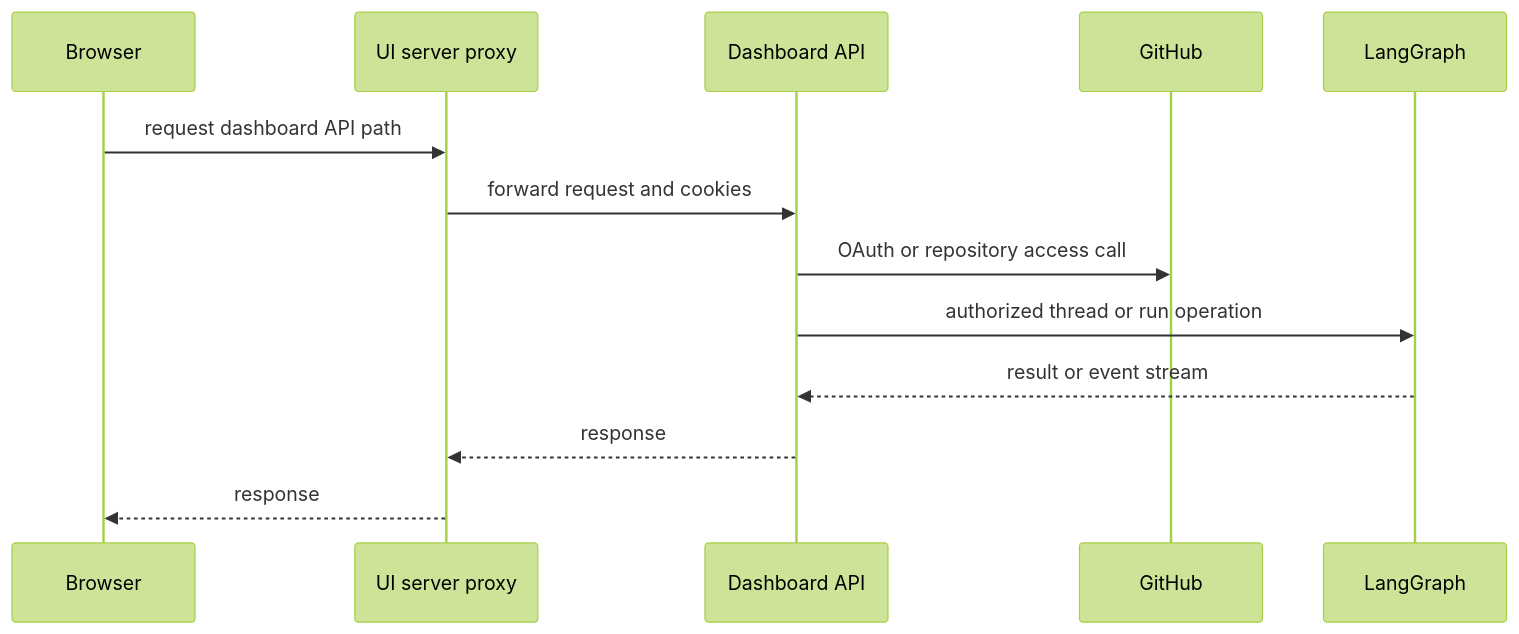
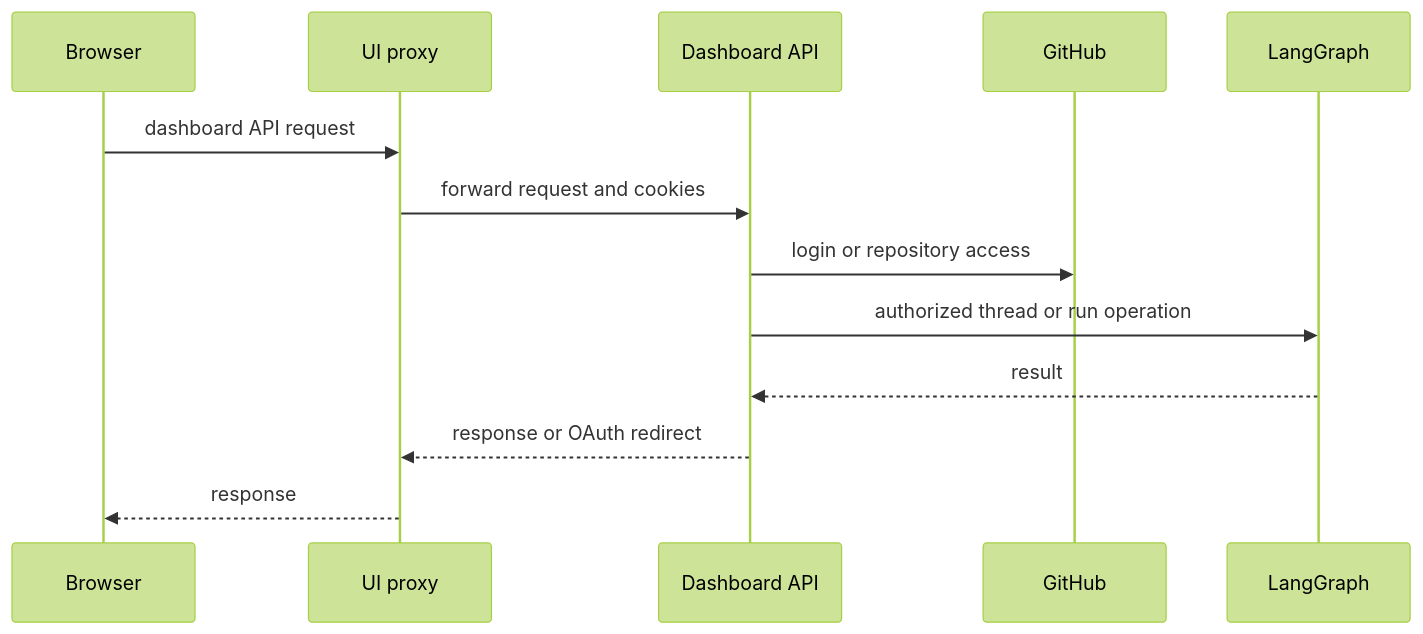
Before and after one commit to langchain-ai/open-swe: the first of 2 diagrams in openwiki/integrations/dashboard-ui.md, drawn with Mermaid (forest theme). The commit also changed other lines of this file and 21 other files, not shown here.

````diff
--- a/openwiki/integrations/dashboard-ui.md
+++ b/openwiki/integrations/dashboard-ui.md
@@ -65,16 +65,16 @@
 ```mermaid
 sequenceDiagram
     participant Browser
-    participant UI as UI server proxy
+    participant UI as UI proxy
     participant API as Dashboard API
     participant GitHub
     participant Graph as LangGraph
 
-    Browser->>UI: request dashboard API path
+    Browser->>UI: dashboard API request
     UI->>API: forward request and cookies
-    API->>GitHub: OAuth or repository access call
+    API->>GitHub: login or repository access
     API->>Graph: authorized thread or run operation
-    Graph-->>API: result or event stream
-    API-->>UI: response
+    Graph-->>API: result
+    API-->>UI: response or OAuth redirect
     UI-->>Browser: response
 ```
````
